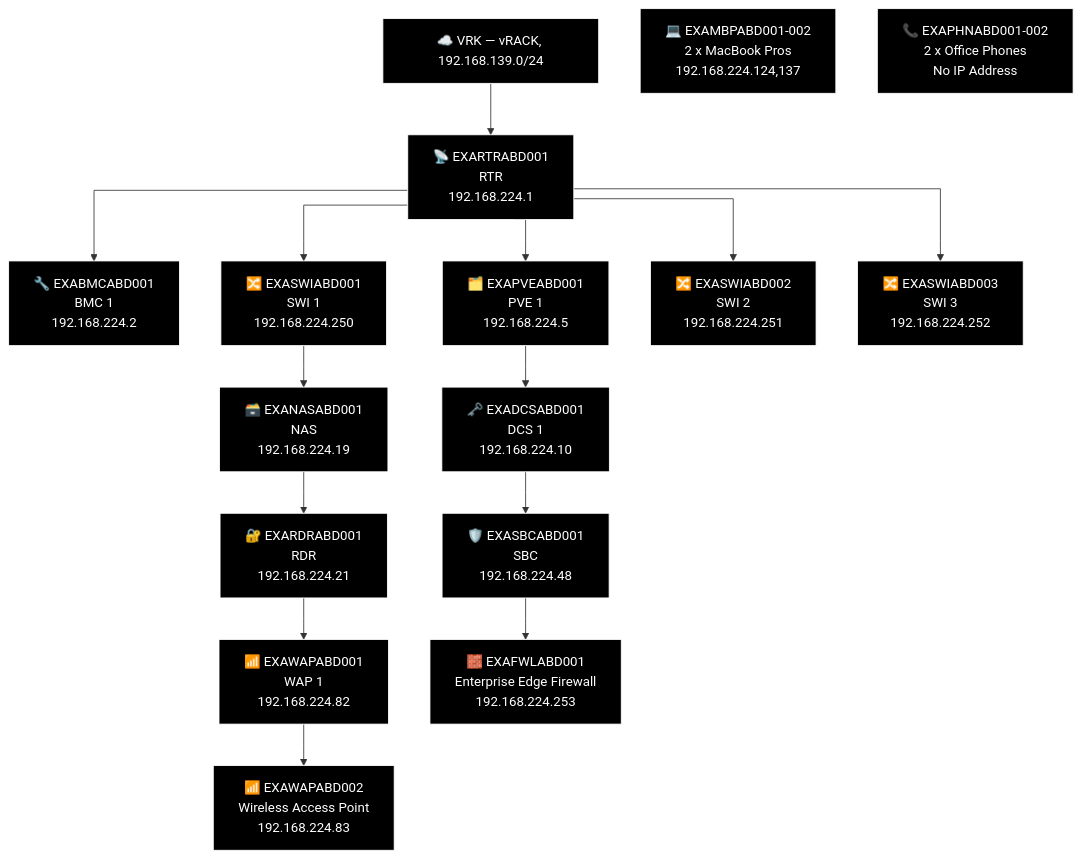
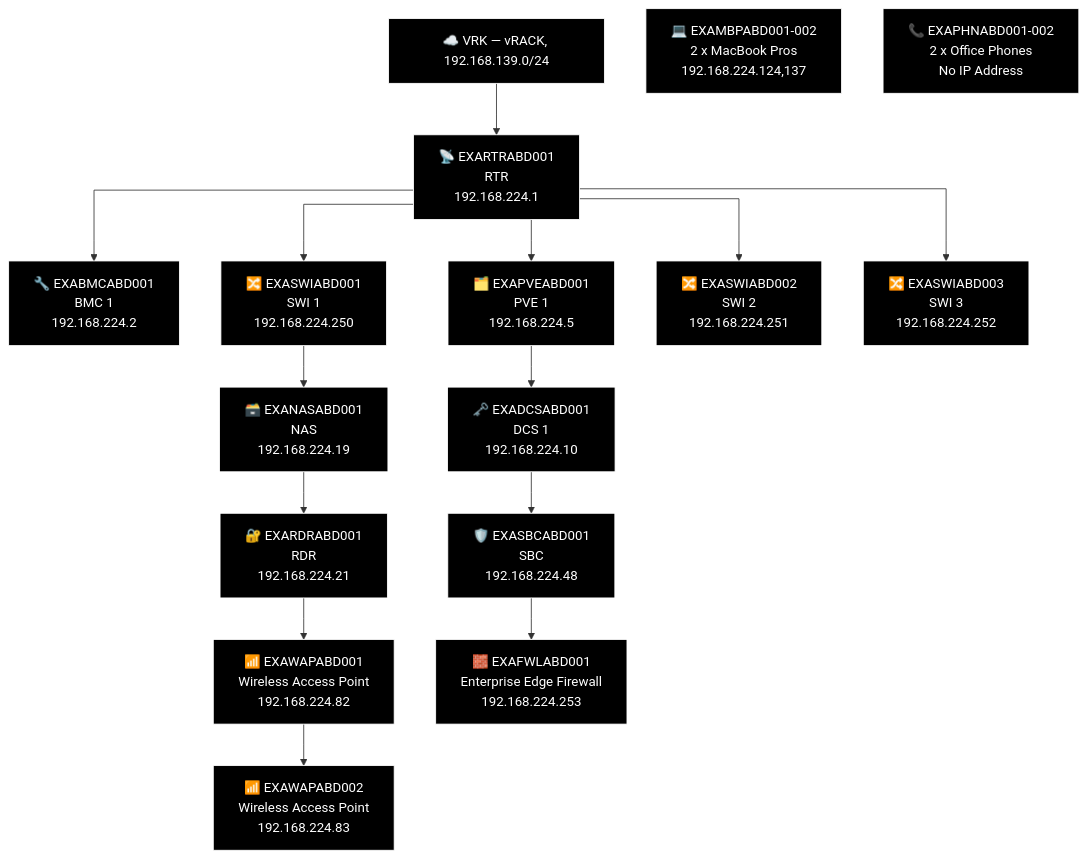
One commit to knightmare2600/example_music_infra changed diagram 21 of 21 in docs/network-diagram/scotland.md. Above: the diagram before and after it, drawn with Mermaid. The commit also changed other lines of this file and 36 other files, not shown here.

````diff
--- a/docs/network-diagram/scotland.md
+++ b/docs/network-diagram/scotland.md
@@ -1155,46 +1155,46 @@
 ```mermaid
 %% GENERATED:TOPOLOGY:ABD:START
 %%{init: {'flowchart': {'curve': 'stepAfter'}}}%%
 graph TD
     T_VRK["☁️ VRK — vRACK, 192.168.139.0/24"]
     T_RTR["📡 EXARTRABD001<br/>RTR<br/>192.168.224.1"]
     T_VRK --> T_RTR
     T_BMC["🔧 EXABMCABD001<br/>BMC 1<br/>192.168.224.2"]
     T_RTR --> T_BMC
     T_PVE["🗂️ EXAPVEABD001<br/>PVE 1<br/>192.168.224.5"]
     T_RTR --> T_PVE
     T_SWI["🔀 EXASWIABD001<br/>SWI 1<br/>192.168.224.250"]
     T_RTR --> T_SWI
     T_SWI2["🔀 EXASWIABD002<br/>SWI 2<br/>192.168.224.251"]
     T_RTR --> T_SWI2
     T_SWI3["🔀 EXASWIABD003<br/>SWI 3<br/>192.168.224.252"]
     T_RTR --> T_SWI3
     T_NAS["🗃️ EXANASABD001<br/>NAS<br/>192.168.224.19"]
     T_RDR["🔐 EXARDRABD001<br/>RDR<br/>192.168.224.21"]
-    T_WAP["📶 EXAWAPABD001<br/>WAP 1<br/>192.168.224.82"]
+    T_WAP["📶 EXAWAPABD001<br/>Wireless Access Point<br/>192.168.224.82"]
     T_WAP2["📶 EXAWAPABD002<br/>Wireless Access Point<br/>192.168.224.83"]
     T_SWI --> T_NAS --> T_RDR --> T_WAP --> T_WAP2
     T_DCS["🗝️ EXADCSABD001<br/>DCS 1<br/>192.168.224.10"]
     T_SBC["🛡️ EXASBCABD001<br/>SBC<br/>192.168.224.48"]
     T_FWL["🧱 EXAFWLABD001<br/>Enterprise Edge Firewall<br/>192.168.224.253"]
     T_PVE --> T_DCS --> T_SBC --> T_FWL
     T_OTH_MBP["💻 EXAMBPABD001-002<br/>2 x MacBook Pros<br/>192.168.224.124,137"]
     T_OTH_PHN["📞 EXAPHNABD001-002<br/>2 x Office Phones<br/>No IP Address"]
     style T_VRK fill:#000000,stroke:#FFFFFF,color:#FFFFFF
     style T_RTR fill:#000000,stroke:#FFFFFF,color:#FFFFFF
     style T_BMC fill:#000000,stroke:#FFFFFF,color:#FFFFFF
     style T_PVE fill:#000000,stroke:#FFFFFF,color:#FFFFFF
     style T_SWI fill:#000000,stroke:#FFFFFF,color:#FFFFFF
     style T_SWI2 fill:#000000,stroke:#FFFFFF,color:#FFFFFF
     style T_SWI3 fill:#000000,stroke:#FFFFFF,color:#FFFFFF
     style T_NAS fill:#000000,stroke:#FFFFFF,color:#FFFFFF
     style T_RDR fill:#000000,stroke:#FFFFFF,color:#FFFFFF
     style T_WAP fill:#000000,stroke:#FFFFFF,color:#FFFFFF
     style T_WAP2 fill:#000000,stroke:#FFFFFF,color:#FFFFFF
     style T_DCS fill:#000000,stroke:#FFFFFF,color:#FFFFFF
     style T_SBC fill:#000000,stroke:#FFFFFF,color:#FFFFFF
     style T_FWL fill:#000000,stroke:#FFFFFF,color:#FFFFFF
     style T_OTH_MBP fill:#000000,stroke:#FFFFFF,color:#FFFFFF
     style T_OTH_PHN fill:#000000,stroke:#FFFFFF,color:#FFFFFF
 %% GENERATED:TOPOLOGY:ABD:END
 ```
````
